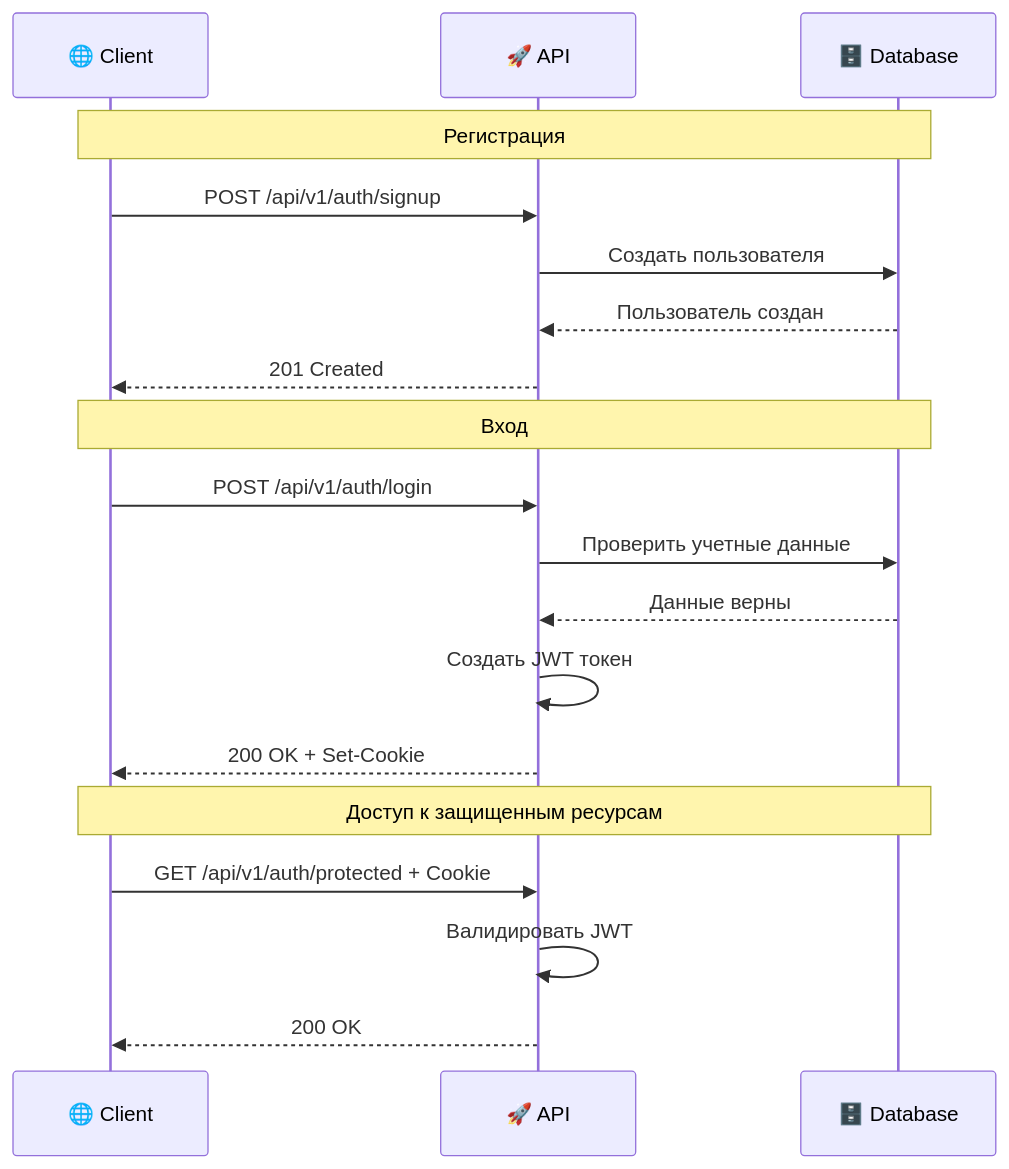
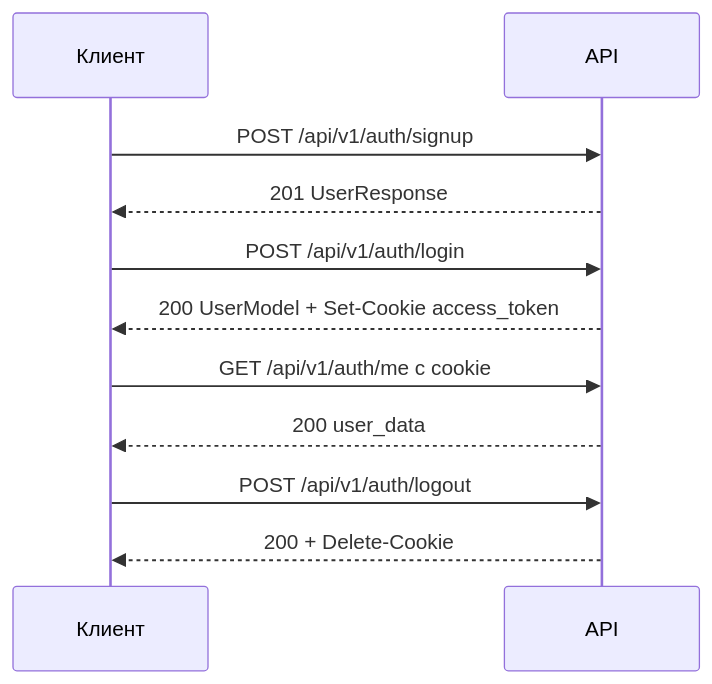
The diagram in docs/usage.md (TasKanLine/taskanline-server), drawn with Mermaid before and after one commit. The commit also changed other lines of this file and 5 other files, not shown here.

````diff
--- a/docs/usage.md
+++ b/docs/usage.md
@@ -33,24 +27,17 @@
 ```mermaid
 sequenceDiagram
-    participant C as 🌐 Client
-    participant A as 🚀 API
-    participant D as 🗄️ Database
-    
-    Note over C,D: Регистрация
-    C->>A: POST /api/v1/auth/signup
-    A->>D: Создать пользователя
-    D-->>A: Пользователь создан
-    A-->>C: 201 Created
-    
-    Note over C,D: Вход
-    C->>A: POST /api/v1/auth/login
-    A->>D: Проверить учетные данные
-    D-->>A: Данные верны
-    A->>A: Создать JWT токен
-    A-->>C: 200 OK + Set-Cookie
-    
-    Note over C,D: Доступ к защищенным ресурсам
-    C->>A: GET /api/v1/auth/protected + Cookie
-    A->>A: Валидировать JWT
-    A-->>C: 200 OK
+    participant C as Клиент
+    participant API as API
+
+    C->>API: POST /api/v1/auth/signup
+    API-->>C: 201 UserResponse
+
+    C->>API: POST /api/v1/auth/login
+    API-->>C: 200 UserModel + Set-Cookie access_token
+
+    C->>API: GET /api/v1/auth/me с cookie
+    API-->>C: 200 user_data
+
+    C->>API: POST /api/v1/auth/logout
+    API-->>C: 200 + Delete-Cookie
 ```
````
